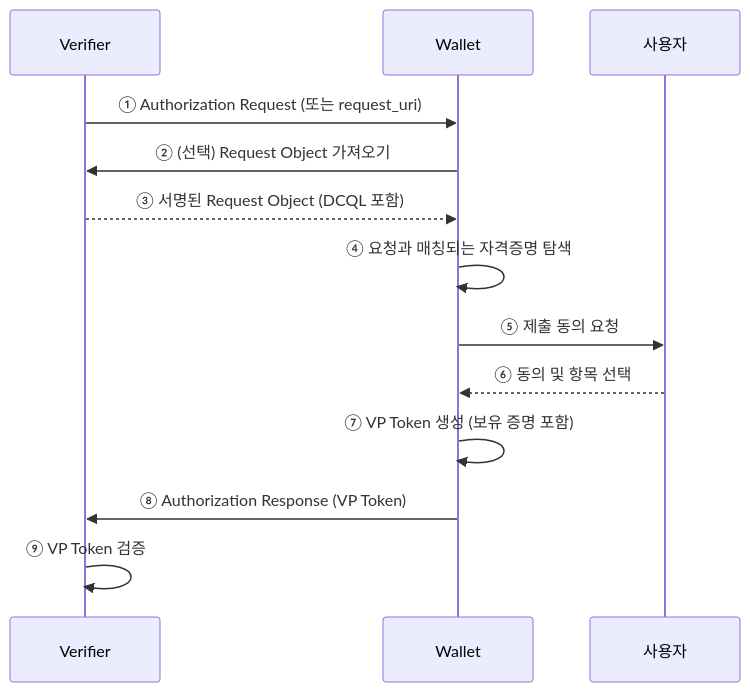
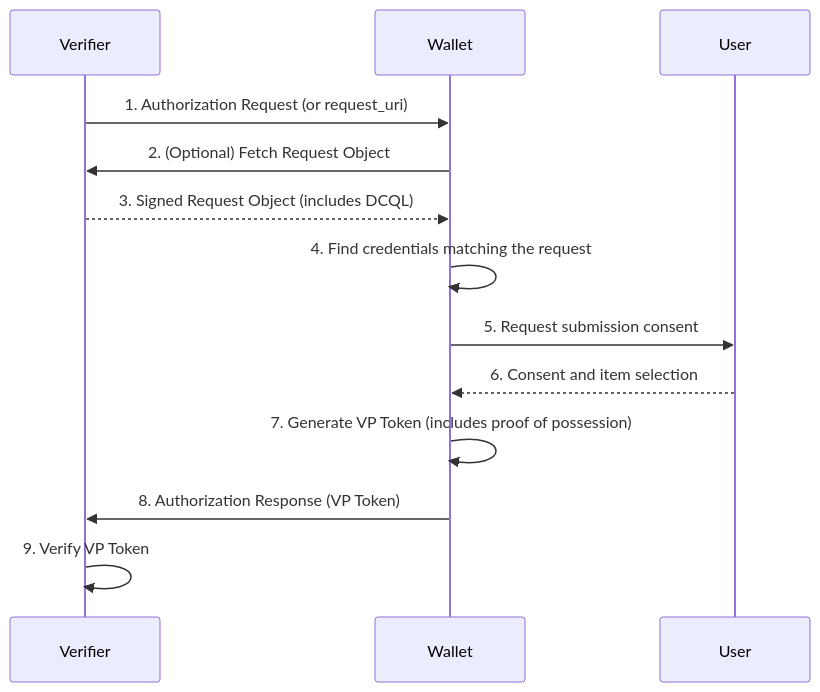
The third of 3 diagrams in docs/concepts/oid4vp/oid4vp_overview.md (OmniOneID/poc-oid4vc), drawn with Mermaid before and after one commit. The commit also changed other lines of this file and 29 other files, not shown here.

````diff
--- a/docs/concepts/oid4vp/oid4vp_overview.md
+++ b/docs/concepts/oid4vp/oid4vp_overview.md
@@ -110,16 +109,16 @@
 ```mermaid
 sequenceDiagram
     participant V as Verifier
     participant W as Wallet
-    participant U as 사용자
+    participant U as User
 
-    V->>W: ① Authorization Request (또는 request_uri)
-    W->>V: ② (선택) Request Object 가져오기
-    V-->>W: ③ 서명된 Request Object (DCQL 포함)
-    W->>W: ④ 요청과 매칭되는 자격증명 탐색
-    W->>U: ⑤ 제출 동의 요청
-    U-->>W: ⑥ 동의 및 항목 선택
-    W->>W: ⑦ VP Token 생성 (보유 증명 포함)
-    W->>V: ⑧ Authorization Response (VP Token)
-    V->>V: ⑨ VP Token 검증
+    V->>W: 1. Authorization Request (or request_uri)
+    W->>V: 2. (Optional) Fetch Request Object
+    V-->>W: 3. Signed Request Object (includes DCQL)
+    W->>W: 4. Find credentials matching the request
+    W->>U: 5. Request submission consent
+    U-->>W: 6. Consent and item selection
+    W->>W: 7. Generate VP Token (includes proof of possession)
+    W->>V: 8. Authorization Response (VP Token)
+    V->>V: 9. Verify VP Token
 ```
````
